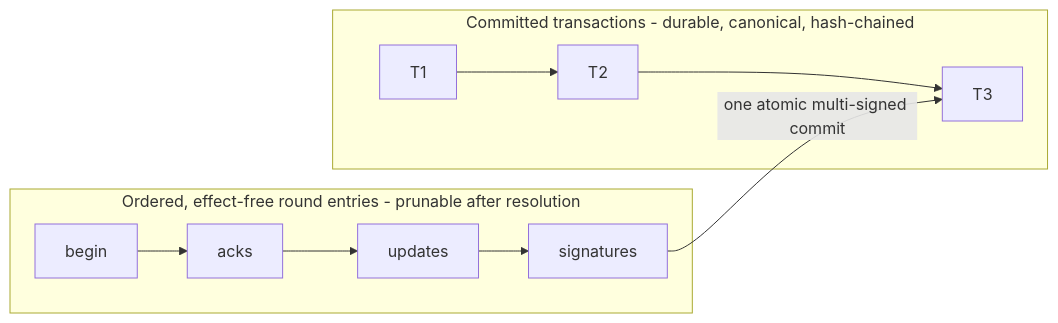
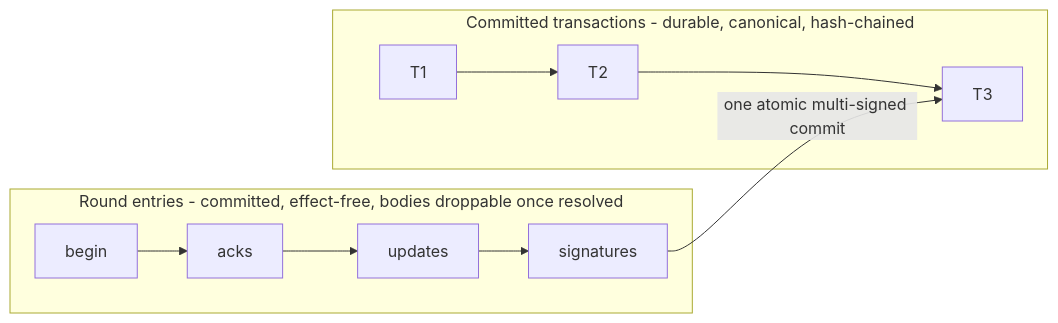
One commit to chughtapan/moltzap changed the second of 2 diagrams in docs/spec/data-plane.md. Above: the diagram before and after it, drawn with Mermaid. The commit also changed other lines of this file and 3 other files, not shown here.

````diff
--- a/docs/spec/data-plane.md
+++ b/docs/spec/data-plane.md
@@ -162,10 +182,10 @@
 ```mermaid
 flowchart LR
-  subgraph Rounds["Ordered, effect-free round entries - prunable after resolution"]
+  subgraph Rounds["Round entries - committed, effect-free, bodies droppable once resolved"]
     P[begin] --> K[acks] --> X[updates] --> S[signatures]
   end
   subgraph Ledger["Committed transactions - durable, canonical, hash-chained"]
     T1[T1] --> T2[T2] --> T3[T3]
   end
   S -- "one atomic multi-signed commit" --> T3
 ```
````
